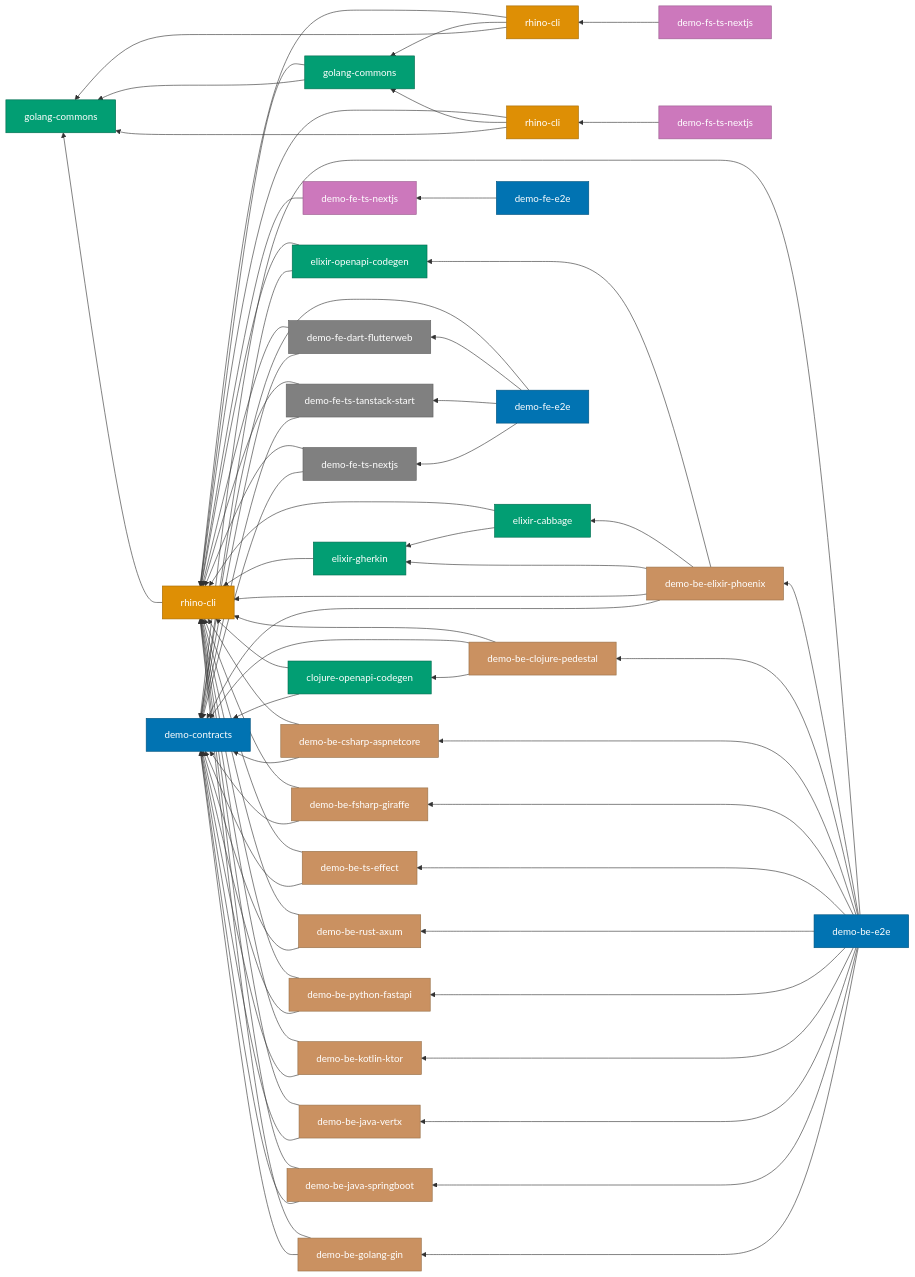
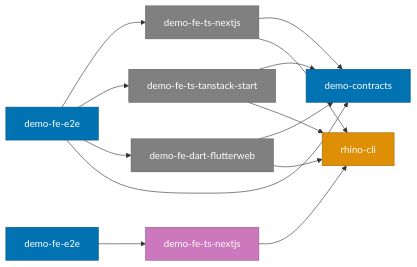
The third of 3 diagrams in docs/reference/project-dependency-graph.md (wahidyankf/ose-primer), drawn with Mermaid before and after one commit. The commit also changed 14 other files, not shown here.

Commit message:
fix(docs): fix mermaid violations in remaining docs (batch 10/10)

````diff
--- a/docs/reference/project-dependency-graph.md
+++ b/docs/reference/project-dependency-graph.md
@@ -56,114 +118,20 @@
 ```mermaid
-graph RL
-  %% Specs (leaf)
-  DC[demo-contracts]
+graph LR
+  FEE2E[demo-fe-e2e]:::e2e
+  NEXTJS[demo-fe-ts-nextjs]:::frontend
+  TANSTACK[demo-fe-ts-tanstack-start]:::frontend
+  FLUTTER[demo-fe-dart-flutterweb]:::frontend
+  OLE[demo-fe-e2e]:::e2e
+  OLW[demo-fe-ts-nextjs]:::site
+  RC[rhino-cli]:::cli
+  DC[demo-contracts]:::spec
 
-  %% Go libs (leaf / near-leaf)
-  GC[golang-commons]
-  HC[golang-commons]
-
-  %% Elixir libs
-  EG[elixir-gherkin]
-  EC[elixir-cabbage]
-  EOC[elixir-openapi-codegen]
-
-  %% Clojure lib
-  COC[clojure-openapi-codegen]
-
-  %% CLI tools
-  RC[rhino-cli]
-  AKC[rhino-cli]
-  OPC[rhino-cli]
-
-  %% Hugo sites
-  AKW[demo-fs-ts-nextjs]
-  OPW[demo-fs-ts-nextjs]
-
-  %% demo
-  OLW[demo-fe-ts-nextjs]
-  OLE[demo-fe-e2e]
-
-  %% Demo backends (grouped)
-  GOLANG[demo-be-golang-gin]
-  SPRING[demo-be-java-springboot]
-  VERTX[demo-be-java-vertx]
-  KOTLIN[demo-be-kotlin-ktor]
-  PYTHON[demo-be-python-fastapi]
-  RUST[demo-be-rust-axum]
-  EFFECT[demo-be-ts-effect]
-  FSHARP[demo-be-fsharp-giraffe]
-  CSHARP[demo-be-csharp-aspnetcore]
-  CLOJURE[demo-be-clojure-pedestal]
-  ELIXIR[demo-be-elixir-phoenix]
-
-  %% Demo frontends
-  NEXTJS[demo-fe-ts-nextjs]
-  TANSTACK[demo-fe-ts-tanstack-start]
-  FLUTTER[demo-fe-dart-flutterweb]
-
-  %% E2E
-  BEE2E[demo-be-e2e]
-  FEE2E[demo-fe-e2e]
-
-  %% --- Dependency edges ---
-
-  %% Go lib chain
-  RC --> GC
-  HC --> GC
-  HC --> RC
-  AKC --> GC
-  AKC --> HC
-  AKC --> RC
-  OPC --> GC
-  OPC --> HC
-  OPC --> RC
-
-  %% Hugo sites
-  AKW --> AKC
-  OPW --> OPC
-
-  %% Elixir lib chain
-  EC --> EG
-  EC --> RC
-  EG --> RC
-  EOC --> DC
-  EOC --> RC
-  COC --> DC
-  COC --> RC
-
-  %% demo
+  FEE2E --> NEXTJS
+  FEE2E --> TANSTACK
+  FEE2E --> FLUTTER
+  FEE2E --> DC
+  OLE --> OLW
   OLW --> RC
-  OLE --> OLW
-
-  %% Demo backends -> shared deps
-  GOLANG --> DC
-  GOLANG --> RC
-  SPRING --> DC
-  SPRING --> RC
-  VERTX --> DC
-  VERTX --> RC
-  KOTLIN --> DC
-  KOTLIN --> RC
-  PYTHON --> DC
-  PYTHON --> RC
-  RUST --> DC
-  RUST --> RC
-  EFFECT --> DC
-  EFFECT --> RC
-  FSHARP --> DC
-  FSHARP --> RC
-  CSHARP --> DC
-  CSHARP --> RC
-  CLOJURE --> COC
-  CLOJURE --> DC
-  CLOJURE --> RC
-  ELIXIR --> DC
-  ELIXIR --> RC
-  ELIXIR --> EG
-  ELIXIR --> EC
-  ELIXIR --> EOC
-
-  %% Demo frontends -> shared deps
   NEXTJS --> DC
   NEXTJS --> RC
   TANSTACK --> DC
@@ -171,38 +139,9 @@
   FLUTTER --> DC
   FLUTTER --> RC
 
-  %% E2E -> apps
-  BEE2E --> GOLANG
-  BEE2E --> SPRING
-  BEE2E --> VERTX
-  BEE2E --> KOTLIN
-  BEE2E --> PYTHON
-  BEE2E --> RUST
-  BEE2E --> EFFECT
-  BEE2E --> FSHARP
-  BEE2E --> CSHARP
-  BEE2E --> CLOJURE
-  BEE2E --> ELIXIR
-  BEE2E --> DC
-  FEE2E --> NEXTJS
-  FEE2E --> TANSTACK
-  FEE2E --> FLUTTER
-  FEE2E --> DC
-
-  %% Styles
   classDef spec fill:#0173B2,stroke:#01537F,color:#FFFFFF
-  classDef lib fill:#029E73,stroke:#016B4E,color:#FFFFFF
   classDef cli fill:#DE8F05,stroke:#A56A04,color:#FFFFFF
   classDef site fill:#CC78BC,stroke:#9A5A8E,color:#FFFFFF
-  classDef backend fill:#CA9161,stroke:#977048,color:#FFFFFF
   classDef frontend fill:#808080,stroke:#606060,color:#FFFFFF
   classDef e2e fill:#0173B2,stroke:#01537F,color:#FFFFFF
-
-  class DC spec
-  class GC,HC,EG,EC,EOC,COC lib
-  class RC,AKC,OPC cli
-  class AKW,OPW,OLW site
-  class GOLANG,SPRING,VERTX,KOTLIN,PYTHON,RUST,EFFECT,FSHARP,CSHARP,CLOJURE,ELIXIR backend
-  class NEXTJS,TANSTACK,FLUTTER frontend
-  class BEE2E,FEE2E,OLE e2e
 ```
````
